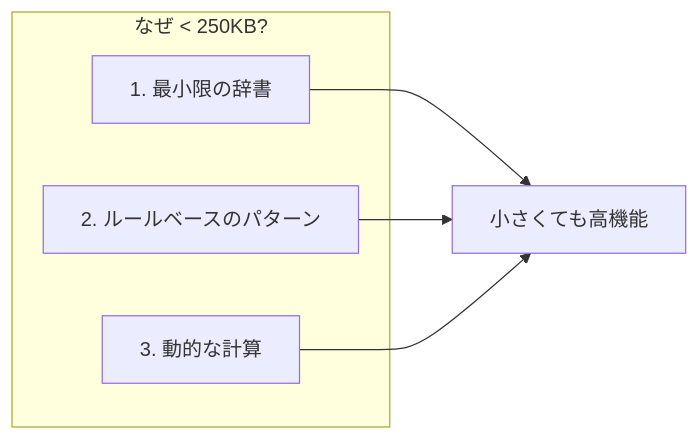
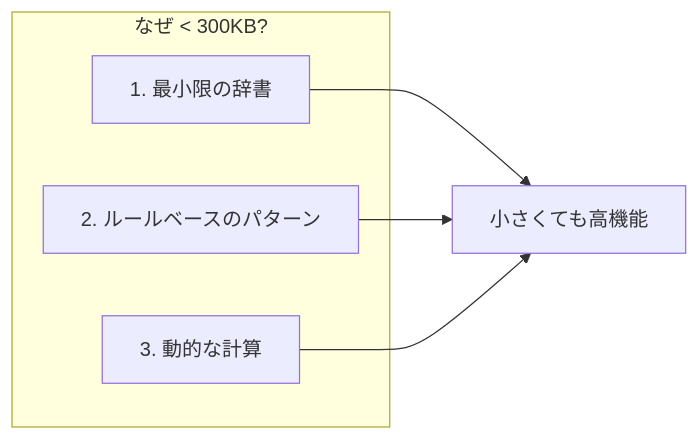
One commit to libraz/suzume-homepage changed the first of 4 diagrams in ja/docs/how-it-works.md. Above: the diagram before and after it, drawn with Mermaid. The commit also changed other lines of this file and 8 other files, not shown here.

````diff
--- a/ja/docs/how-it-works.md
+++ b/ja/docs/how-it-works.md
@@ -21,12 +21,12 @@
 ```mermaid
 flowchart LR
-    subgraph Size["なぜ < 250KB?"]
+    subgraph Size["なぜ < 300KB?"]
         A["1. 最小限の辞書"]
         B["2. ルールベースのパターン"]
         C["3. 動的な計算"]
     end
 
     A --> Result["小さくても高機能"]
     B --> Result
     C --> Result
 ```
````
